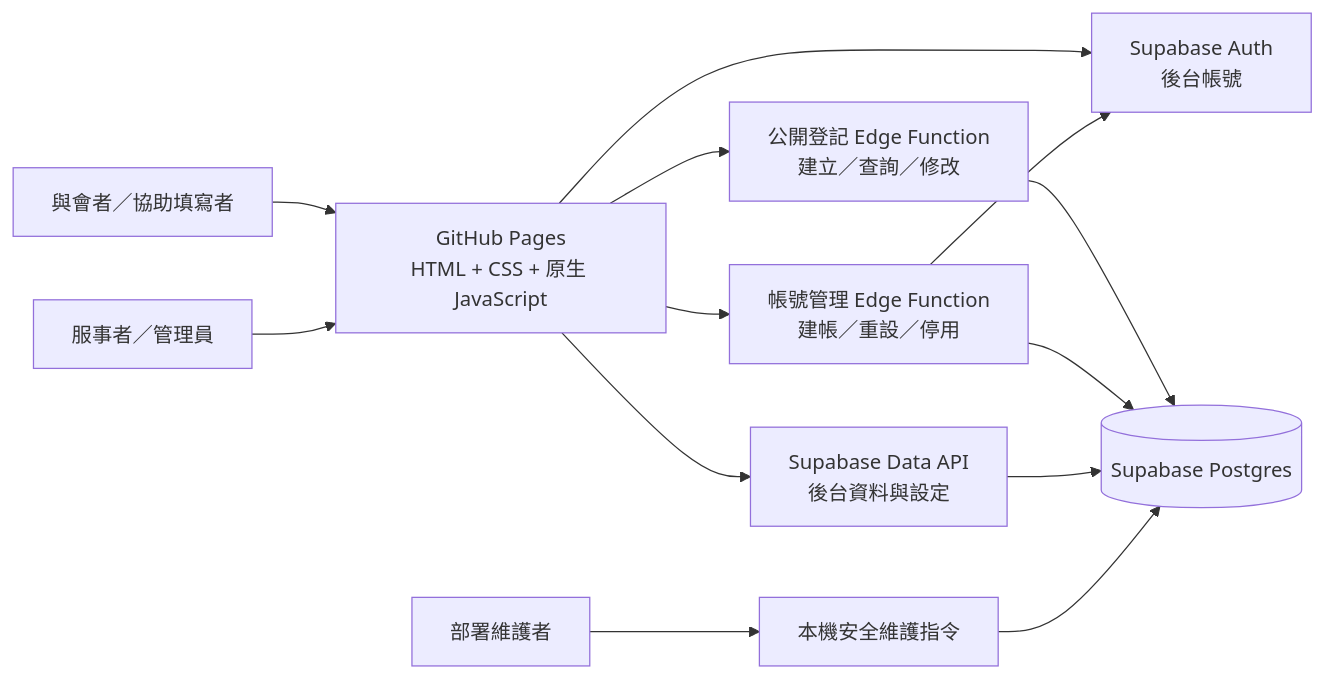
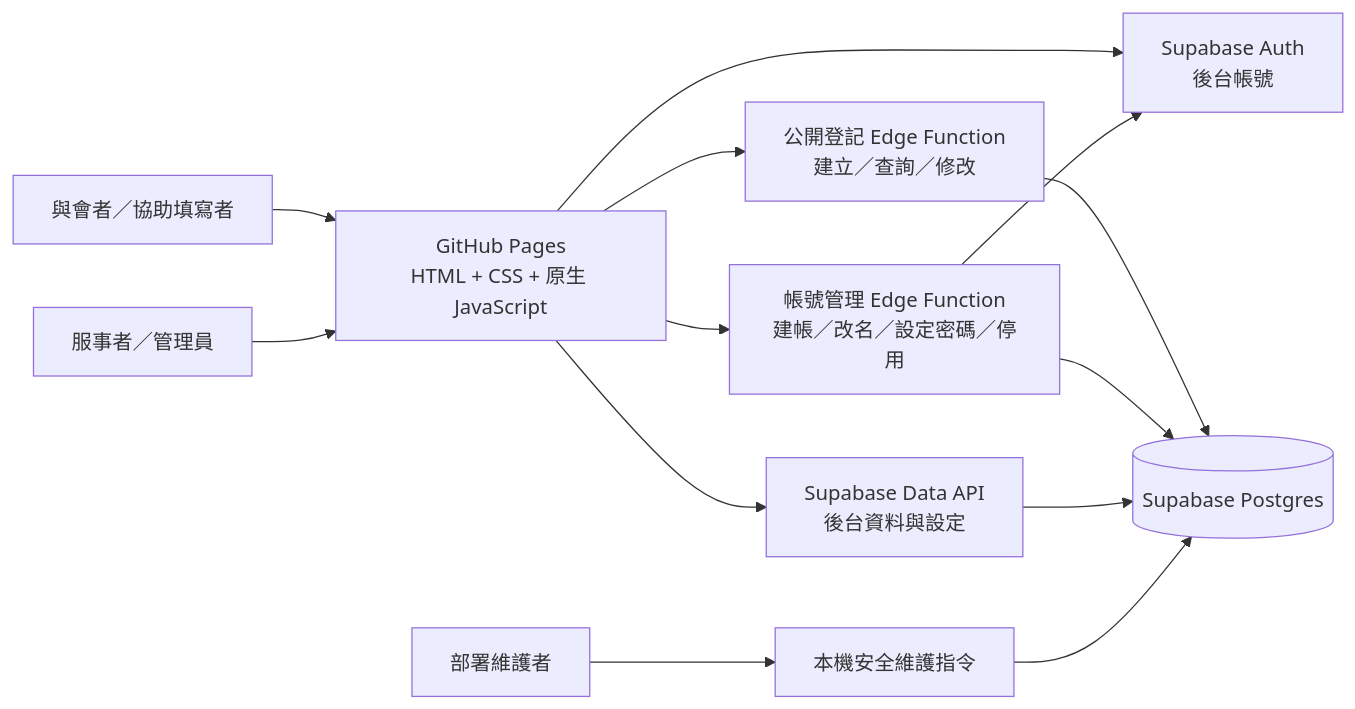
One commit to Danny3766/ictc-2027-registration changed the diagram in docs/系統架構規劃.md. Above: the diagram before and after it, drawn with Mermaid. The commit also changed other lines of this file and 10 other files, not shown here.

````diff
--- a/docs/系統架構規劃.md
+++ b/docs/系統架構規劃.md
@@ -41,15 +41,15 @@
 ```mermaid
 flowchart LR
     Visitor[與會者／協助填寫者] --> Pages[GitHub Pages<br/>HTML + CSS + 原生 JavaScript]
     Staff[服事者／管理員] --> Pages
     Maintainer[部署維護者] --> Maintenance[本機安全維護指令]
     Pages --> Auth[Supabase Auth<br/>後台帳號]
     Pages --> PublicFn[公開登記 Edge Function<br/>建立／查詢／修改]
-    Pages --> AdminFn[帳號管理 Edge Function<br/>建帳／重設／停用]
+    Pages --> AdminFn[帳號管理 Edge Function<br/>建帳／改名／設定密碼／停用]
     Pages --> DataAPI[Supabase Data API<br/>後台資料與設定]
     PublicFn --> DB[(Supabase Postgres)]
     AdminFn --> Auth
     AdminFn --> DB
     DataAPI --> DB
     Maintenance --> DB
 ```
````
